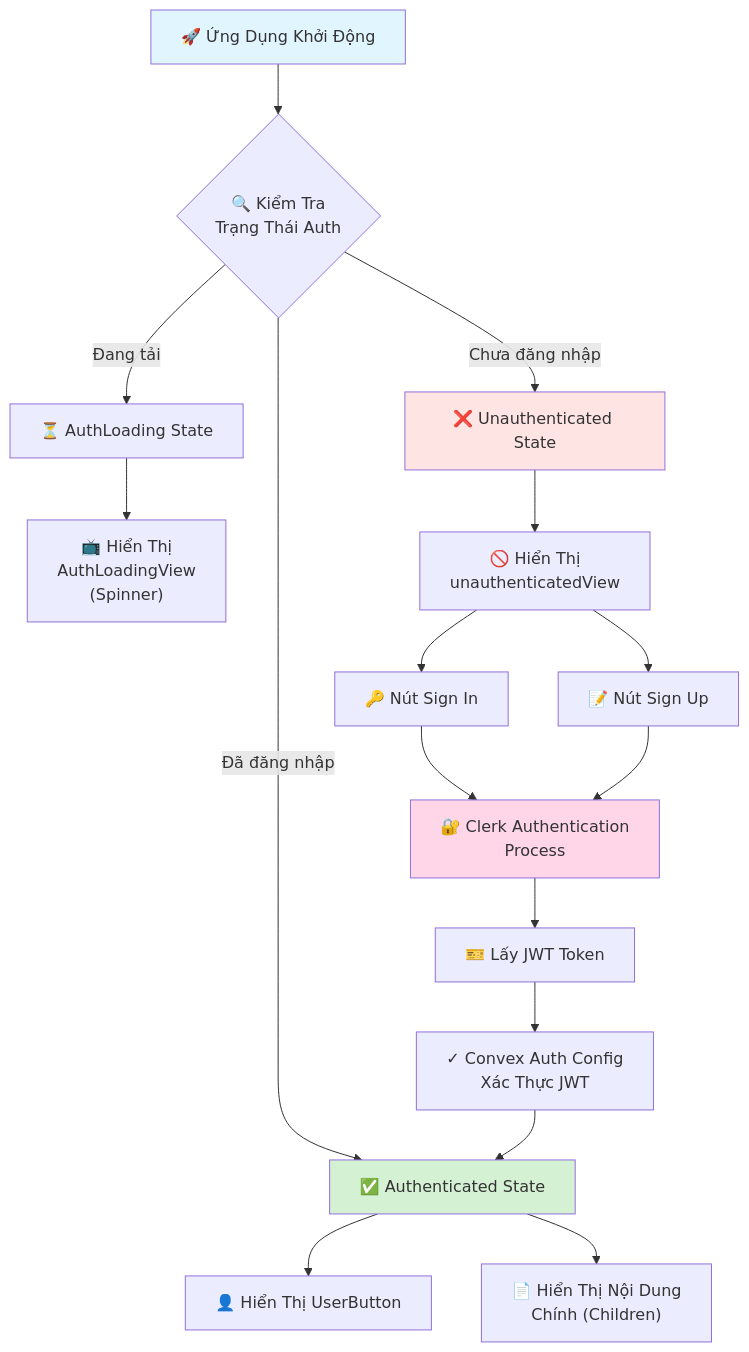
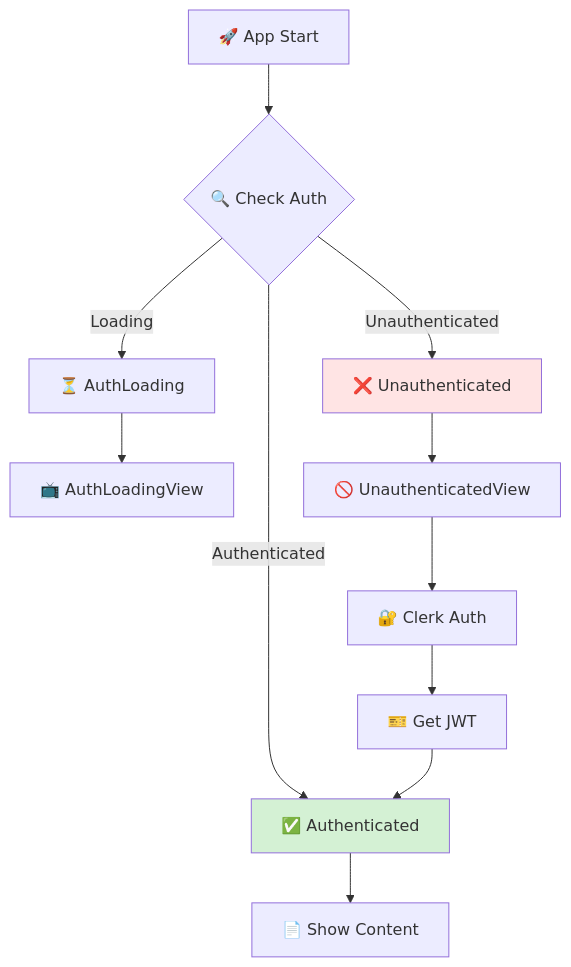
The second of 6 diagrams in docs/business-logic-mindmap.md (Code-with-Jok/v0-dev), drawn with Mermaid before and after one commit. The commit also changed other lines of this file and 10 other files, not shown here.

````diff
--- a/docs/business-logic-mindmap.md
+++ b/docs/business-logic-mindmap.md
@@ -65,46 +63,26 @@
 ```mermaid
 flowchart TD
-    Start["🚀 Ứng Dụng Khởi Động"]
-    CheckAuth{"🔍 Kiểm Tra<br/>Trạng Thái Auth"}
+    Start["🚀 App Start"]
+    CheckAuth{"🔍 Check Auth"}
 
-    Loading["⏳ AuthLoading State"]
-    ShowLoadingView["📺 Hiển Thị<br/>AuthLoadingView<br/>(Spinner)"]
+    Loading["⏳ AuthLoading"]
+    ShowLoading["📺 AuthLoadingView"]
 
-    Authenticated["✅ Authenticated State"]
-    ShowUserButton["👤 Hiển Thị UserButton"]
-    ShowContent["📄 Hiển Thị Nội Dung<br/>Chính (Children)"]
+    Authenticated["✅ Authenticated"]
+    ShowContent["📄 Show Content"]
 
-    Unauthenticated["❌ Unauthenticated State"]
-    ShowUnauth["🚫 Hiển Thị<br/>unauthenticatedView"]
-    SignInBtn["🔑 Nút Sign In"]
-    SignUpBtn["📝 Nút Sign Up"]
+    Unauthenticated["❌ Unauthenticated"]
+    ShowUnauth["🚫 UnauthenticatedView"]
 
-    ClerkAuth["🔐 Clerk Authentication<br/>Process"]
-    GetJWT["🎫 Lấy JWT Token"]
-    ConvexAuth["✓ Convex Auth Config<br/>Xác Thực JWT"]
+    ClerkAuth["🔐 Clerk Auth"]
+    GetJWT["🎫 Get JWT"]
 
     Start --> CheckAuth
+    CheckAuth -->|Loading| Loading --> ShowLoading
+    CheckAuth -->|Authenticated| Authenticated --> ShowContent
+    CheckAuth -->|Unauthenticated| Unauthenticated --> ShowUnauth
+    ShowUnauth --> ClerkAuth --> GetJWT --> Authenticated
 
-    CheckAuth -->|"Đang tải"| Loading
-    Loading --> ShowLoadingView
-
-    CheckAuth -->|"Đã đăng nhập"| Authenticated
-    Authenticated --> ShowUserButton
-    Authenticated --> ShowContent
-
-    CheckAuth -->|"Chưa đăng nhập"| Unauthenticated
-    Unauthenticated --> ShowUnauth
-    ShowUnauth --> SignInBtn
-    ShowUnauth --> SignUpBtn
-
-    SignInBtn --> ClerkAuth
-    SignUpBtn --> ClerkAuth
-    ClerkAuth --> GetJWT
-    GetJWT --> ConvexAuth
-    ConvexAuth --> Authenticated
-
-    style Start fill:#e1f5ff
     style Authenticated fill:#d4f1d4
     style Unauthenticated fill:#ffe4e4
-    style ClerkAuth fill:#ffd6e8
 ```
````
